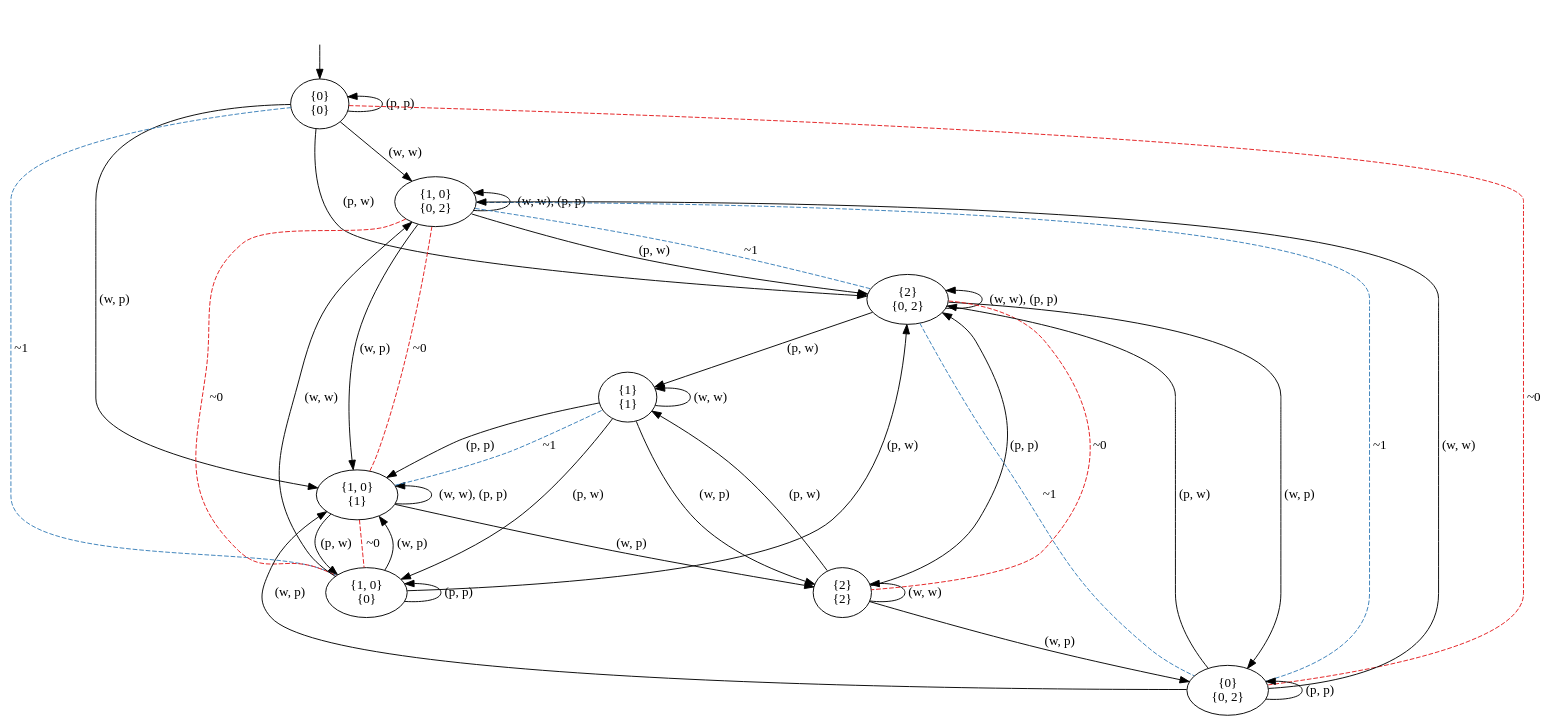
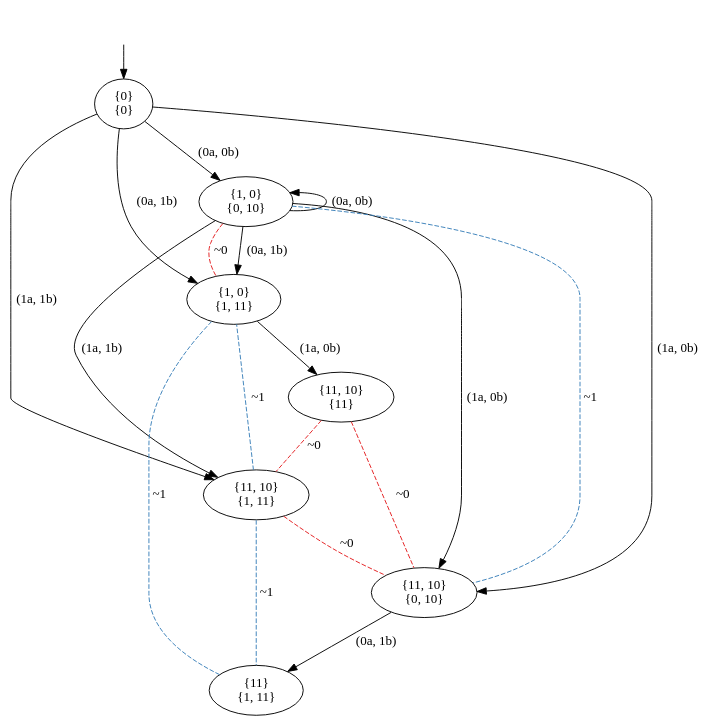
One commit to olandr/mkbsc changed the diagram in pictures/GK.dot. Above: the diagram before and after it, drawn with Graphviz. The commit also changed 4 other files, not shown here.

```diff
--- a/pictures/GK.dot
+++ b/pictures/GK.dot
@@ -1,55 +1,33 @@
 digraph  {
 concentrate=False;
 nodesep=0.5;
 ranksep=0.5;
 splines=True;
-4714401408 [label="{0}\n{0}"];
-4714401464 [label="{1, 0}\n{0, 2}"];
-4714400960 [label="{2}\n{0, 2}"];
-4714401688 [label="{1, 0}\n{1}"];
-4714456400 [label="{1}\n{1}"];
-4714316016 [label="{0}\n{0, 2}"];
-4714316240 [label="{1, 0}\n{0}"];
-4714316352 [label="{2}\n{2}"];
+4552396136 [label="{0}\n{0}"];
+4552394680 [label="{1, 0}\n{0, 10}"];
+4552395744 [label="{11, 10}\n{0, 10}"];
+4552394456 [label="{1, 0}\n{1, 11}"];
+4552664904 [label="{11, 10}\n{1, 11}"];
+4552666976 [label="{11}\n{1, 11}"];
+4552665128 [label="{11, 10}\n{11}"];
 hidden [label="", shape=none];
-4714401408 -> 4714401464  [action="('w', 'w')", key="('w', 'w')", label="(w, w)"];
-4714401408 -> 4714400960  [action="('p', 'w')", key="('p', 'w')", label="(p, w)"];
-4714401408 -> 4714401688  [action="('w', 'p')", key="('w', 'p')", label="(w, p)"];
-4714401408 -> 4714401408  [action="('p', 'p')", dir=back, key="('p', 'p')", label="(p, p)"];
-4714401408 -> 4714316016  [arrowhead=none, color=1, colorscheme=set19, constraint=True, key=0, label="~0", style=dashed];
-4714401408 -> 4714316240  [arrowhead=none, color=2, colorscheme=set19, constraint=True, key=0, label="~1", style=dashed];
-4714401464 -> 4714400960  [action="('p', 'w')", key="('p', 'w')", label="(p, w)"];
-4714401464 -> 4714400960  [arrowhead=none, color=2, colorscheme=set19, constraint=True, key=1, label="~1", style=dashed];
-4714401464 -> 4714401688  [action="('w', 'p')", key="('w', 'p')", label="(w, p)"];
-4714401464 -> 4714401464  [action="(('w', 'w'), ('p', 'p'))", dir=back, key="(('w', 'w'), ('p', 'p'))", label="(w, w), (p, p)"];
-4714401464 -> 4714316240  [arrowhead=none, color=1, colorscheme=set19, constraint=True, key=0, label="~0", style=dashed];
-4714401464 -> 4714316016  [arrowhead=none, color=2, colorscheme=set19, constraint=True, key=0, label="~1", style=dashed];
-4714400960 -> 4714456400  [action="('p', 'w')", key="('p', 'w')", label="(p, w)"];
-4714400960 -> 4714316016  [action="('w', 'p')", key="('w', 'p')", label="(w, p)"];
-4714400960 -> 4714316016  [arrowhead=none, color=2, colorscheme=set19, constraint=True, key=1, label="~1", style=dashed];
-4714400960 -> 4714400960  [action="(('w', 'w'), ('p', 'p'))", dir=back, key="(('w', 'w'), ('p', 'p'))", label="(w, w), (p, p)"];
-4714400960 -> 4714316352  [arrowhead=none, color=1, colorscheme=set19, constraint=True, key=0, label="~0", style=dashed];
-4714401688 -> 4714316240  [action="('p', 'w')", key="('p', 'w')", label="(p, w)"];
-4714401688 -> 4714316240  [arrowhead=none, color=1, colorscheme=set19, constraint=True, key=1, label="~0", style=dashed];
-4714401688 -> 4714316352  [action="('w', 'p')", key="('w', 'p')", label="(w, p)"];
-4714401688 -> 4714401688  [action="(('w', 'w'), ('p', 'p'))", dir=back, key="(('w', 'w'), ('p', 'p'))", label="(w, w), (p, p)"];
-4714401688 -> 4714401464  [arrowhead=none, color=1, colorscheme=set19, constraint=True, key=0, label="~0", style=dashed];
-4714401688 -> 4714456400  [arrowhead=none, color=2, colorscheme=set19, constraint=True, key=0, label="~1", style=dashed];
-4714456400 -> 4714456400  [action="('w', 'w')", dir=back, key="('w', 'w')", label="(w, w)"];
-4714456400 -> 4714316240  [action="('p', 'w')", key="('p', 'w')", label="(p, w)"];
-4714456400 -> 4714316352  [action="('w', 'p')", key="('w', 'p')", label="(w, p)"];
-4714456400 -> 4714401688  [action="('p', 'p')", key="('p', 'p')", label="(p, p)"];
-4714316016 -> 4714401464  [action="('w', 'w')", key="('w', 'w')", label="(w, w)"];
-4714316016 -> 4714400960  [action="('p', 'w')", key="('p', 'w')", label="(p, w)"];
-4714316016 -> 4714401688  [action="('w', 'p')", key="('w', 'p')", label="(w, p)"];
-4714316016 -> 4714316016  [action="('p', 'p')", dir=back, key="('p', 'p')", label="(p, p)"];
-4714316240 -> 4714401464  [action="('w', 'w')", key="('w', 'w')", label="(w, w)"];
-4714316240 -> 4714400960  [action="('p', 'w')", key="('p', 'w')", label="(p, w)"];
-4714316240 -> 4714401688  [action="('w', 'p')", key="('w', 'p')", label="(w, p)"];
-4714316240 -> 4714316240  [action="('p', 'p')", dir=back, key="('p', 'p')", label="(p, p)"];
-4714316352 -> 4714316352  [action="('w', 'w')", dir=back, key="('w', 'w')", label="(w, w)"];
-4714316352 -> 4714456400  [action="('p', 'w')", key="('p', 'w')", label="(p, w)"];
-4714316352 -> 4714316016  [action="('w', 'p')", key="('w', 'p')", label="(w, p)"];
-4714316352 -> 4714400960  [action="('p', 'p')", key="('p', 'p')", label="(p, p)"];
-hidden -> 4714401408  [key=0];
+4552396136 -> 4552394680  [action="('0a', '0b')", key="('0a', '0b')", label="(0a, 0b)"];
+4552396136 -> 4552395744  [action="('1a', '0b')", key="('1a', '0b')", label="(1a, 0b)"];
+4552396136 -> 4552394456  [action="('0a', '1b')", key="('0a', '1b')", label="(0a, 1b)"];
+4552396136 -> 4552664904  [action="('1a', '1b')", key="('1a', '1b')", label="(1a, 1b)"];
+4552394680 -> 4552394680  [action="('0a', '0b')", dir=back, key="('0a', '0b')", label="(0a, 0b)"];
+4552394680 -> 4552395744  [action="('1a', '0b')", key="('1a', '0b')", label="(1a, 0b)"];
+4552394680 -> 4552395744  [arrowhead=none, color=2, colorscheme=set19, constraint=True, key=1, label="~1", style=dashed];
+4552394680 -> 4552394456  [action="('0a', '1b')", key="('0a', '1b')", label="(0a, 1b)"];
+4552394680 -> 4552394456  [arrowhead=none, color=1, colorscheme=set19, constraint=True, key=1, label="~0", style=dashed];
+4552394680 -> 4552664904  [action="('1a', '1b')", key="('1a', '1b')", label="(1a, 1b)"];
+4552395744 -> 4552666976  [action="('0a', '1b')", key="('0a', '1b')", label="(0a, 1b)"];
+4552394456 -> 4552665128  [action="('1a', '0b')", key="('1a', '0b')", label="(1a, 0b)"];
+4552394456 -> 4552666976  [arrowhead=none, color=2, colorscheme=set19, constraint=True, key=0, label="~1", style=dashed];
+4552664904 -> 4552395744  [arrowhead=none, color=1, colorscheme=set19, constraint=True, key=0, label="~0", style=dashed];
+4552664904 -> 4552394456  [arrowhead=none, color=2, colorscheme=set19, constraint=True, key=0, label="~1", style=dashed];
+4552664904 -> 4552666976  [arrowhead=none, color=2, colorscheme=set19, constraint=True, key=0, label="~1", style=dashed];
+4552665128 -> 4552664904  [arrowhead=none, color=1, colorscheme=set19, constraint=True, key=0, label="~0", style=dashed];
+4552665128 -> 4552395744  [arrowhead=none, color=1, colorscheme=set19, constraint=True, key=0, label="~0", style=dashed];
+hidden -> 4552396136  [key=0];
 }
```
